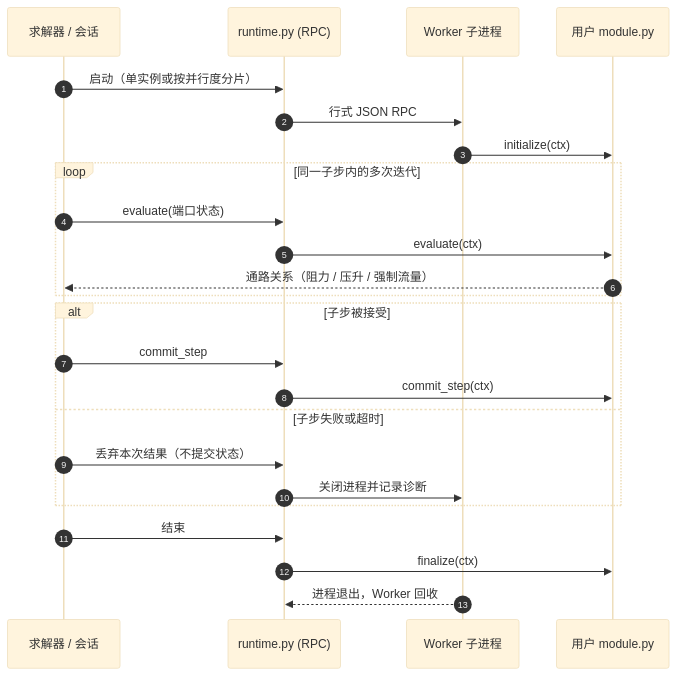
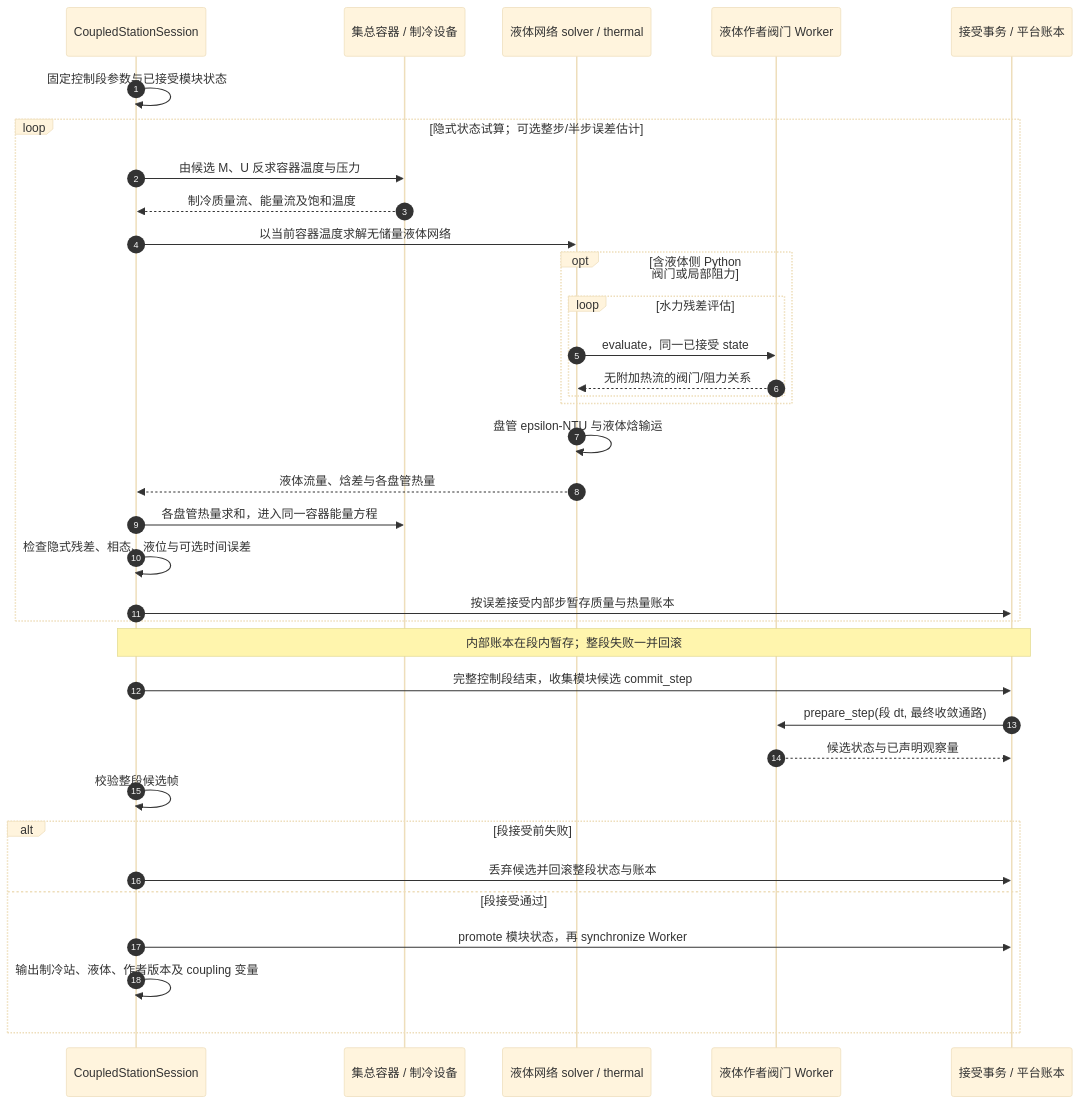
The sixth of 8 diagrams in fluidnet-prototype-engine/docs/ARCHITECTURE_AND_SEQUENCE.md (kongbaifan/fluidnet), drawn with Mermaid (base theme) before and after one commit. The commit also changed other lines of this file and 29 other files, not shown here.

First line of the commit message:
文档：按当前源码重绘架构图与核心时序图

````diff
--- a/fluidnet-prototype-engine/docs/ARCHITECTURE_AND_SEQUENCE.md
+++ b/fluidnet-prototype-engine/docs/ARCHITECTURE_AND_SEQUENCE.md
@@ -216,27 +270,37 @@
 ```mermaid
 sequenceDiagram
   autonumber
-  participant S as 求解器 / 会话
-  participant R as runtime.py (RPC)
-  participant W as Worker 子进程
-  participant M as 用户 module.py
-
-  S->>R: 启动（单实例或按并行度分片）
-  R->>W: 行式 JSON RPC
-  W->>M: initialize(ctx)
-  loop 同一子步内的多次迭代
-    S->>R: evaluate(端口状态)
-    R->>M: evaluate(ctx)
-    M-->>S: 通路关系（阻力 / 压升 / 强制流量）
+  participant S as CoupledStationSession
+  participant V as 集总容器 / 制冷设备
+  participant L as 液体网络 solver / thermal
+  participant W as 液体作者阀门 Worker
+  participant T as 接受事务 / 平台账本
+  S->>S: 固定控制段参数与已接受模块状态
+  loop 隐式状态试算；可选整步/半步误差估计
+    S->>V: 由候选 M、U 反求容器温度与压力
+    V-->>S: 制冷质量流、能量流及饱和温度
+    S->>L: 以当前容器温度求解无储量液体网络
+    opt 含液体侧 Python 阀门或局部阻力
+      loop 水力残差评估
+        L->>W: evaluate，同一已接受 state
+        W-->>L: 无附加热流的阀门/阻力关系
+      end
+    end
+    L->>L: 盘管 epsilon-NTU 与液体焓输运
+    L-->>S: 液体流量、焓差与各盘管热量
+    S->>V: 各盘管热量求和，进入同一容器能量方程
+    S->>S: 检查隐式残差、相态、液位与可选时间误差
+    S->>T: 按误差接受内部步暂存质量与热量账本
   end
-  alt 子步被接受
-    S->>R: commit_step
-    R->>M: commit_step(ctx)
-  else 子步失败或超时
-    S->>R: 丢弃本次结果（不提交状态）
-    R->>W: 关闭进程并记录诊断
+  Note over S,T: 内部账本在段内暂存；整段失败一并回滚
+  S->>T: 完整控制段结束，收集模块候选 commit_step
+  T->>W: prepare_step(段 dt, 最终收敛通路)
+  W-->>T: 候选状态与已声明观察量
+  S->>S: 校验整段候选帧
+  alt 段接受前失败
+    S->>T: 丢弃候选并回滚整段状态与账本
+  else 段接受通过
+    S->>T: promote 模块状态，再 synchronize Worker
+    S->>S: 输出制冷站、液体、作者版本及 coupling 变量
   end
-  S->>R: 结束
-  R->>M: finalize(ctx)
-  W-->>R: 进程退出，Worker 回收
 ```
````
